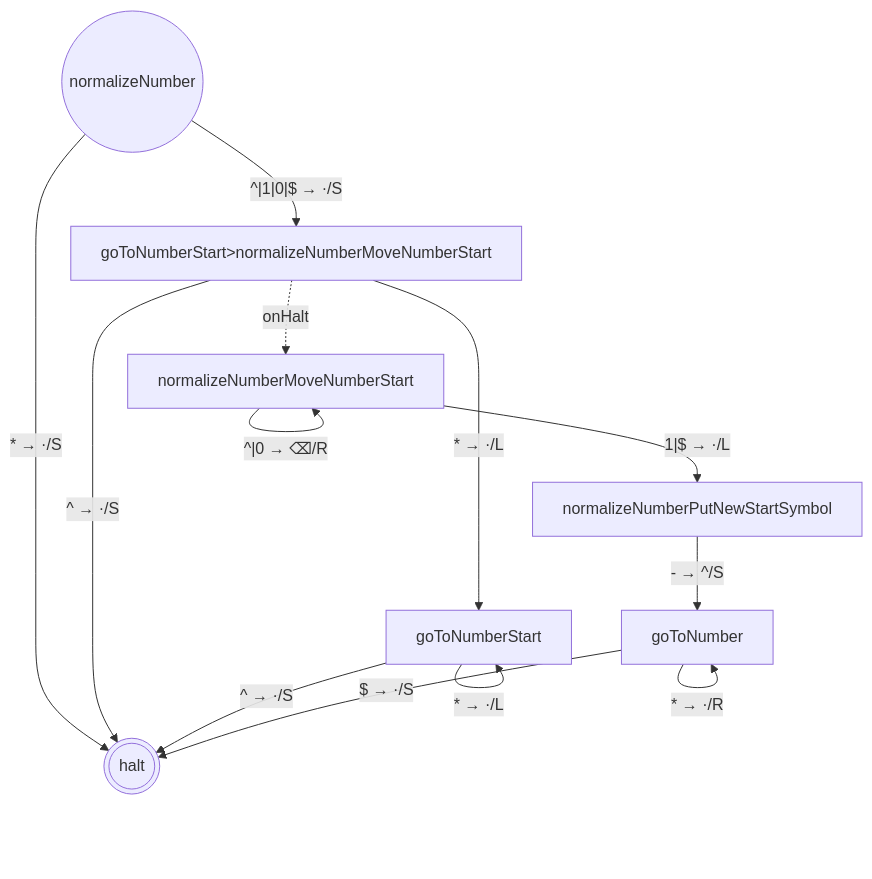
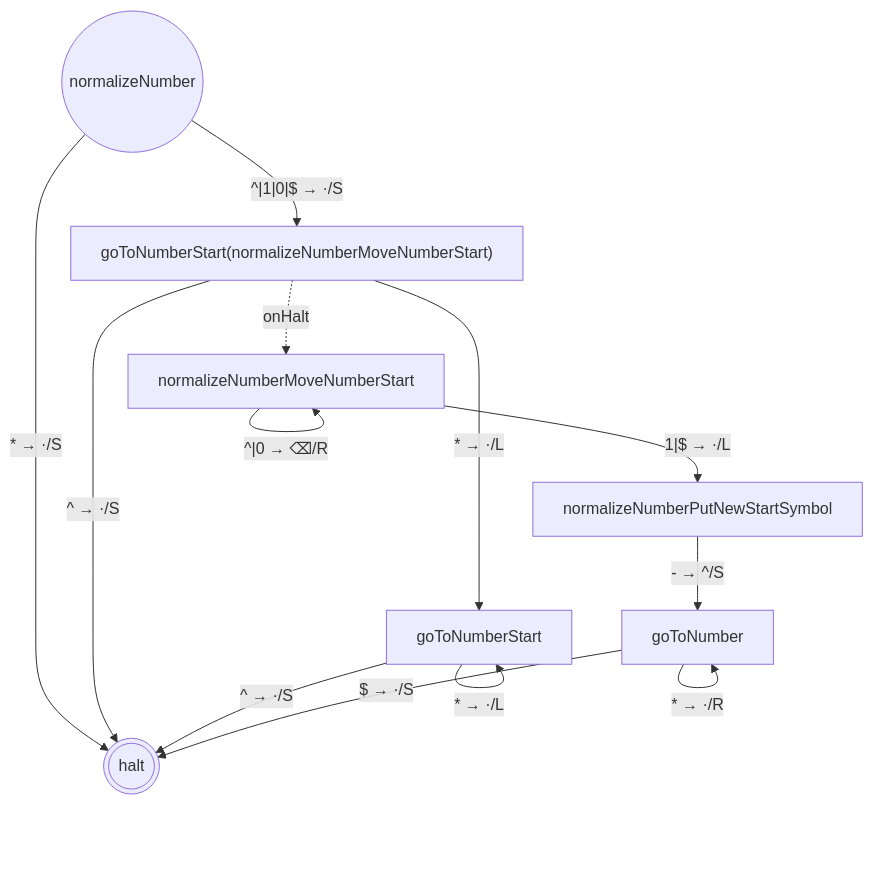
Before and after one commit to mellonis/turing-machine-js: the seventh of 10 diagrams in packages/library-binary-numbers/states.md, drawn with Mermaid. The commit also changed other lines of this file and 6 other files, not shown here.

````diff
--- a/packages/library-binary-numbers/states.md
+++ b/packages/library-binary-numbers/states.md
@@ -111,23 +111,23 @@
 ```mermaid
 flowchart TD
 %% alphabets: [[" ","^","$","0","1"]]
   s0(((halt)))
   s1["goToNumber"]
   s5["goToNumberStart"]
   s12["normalizeNumberPutNewStartSymbol"]
   s13["normalizeNumberMoveNumberStart"]
-  s14["goToNumberStart>normalizeNumberMoveNumberStart"]
+  s14["goToNumberStart(normalizeNumberMoveNumberStart)"]
   s15(("normalizeNumber"))
   s1 -- "$ → ·/S" --> s0
   s1 -- "* → ·/R" --> s1
   s5 -- "^ → ·/S" --> s0
   s5 -- "* → ·/L" --> s5
   s12 -- "- → ^/S" --> s1
   s13 -- "^|0 → ⌫/R" --> s13
   s13 -- "1|$ → ·/L" --> s12
   s14 -- "^ → ·/S" --> s0
   s14 -- "* → ·/L" --> s5
   s14 -. onHalt .-> s13
   s15 -- "^|1|0|$ → ·/S" --> s14
   s15 -- "* → ·/S" --> s0
 ```
````
